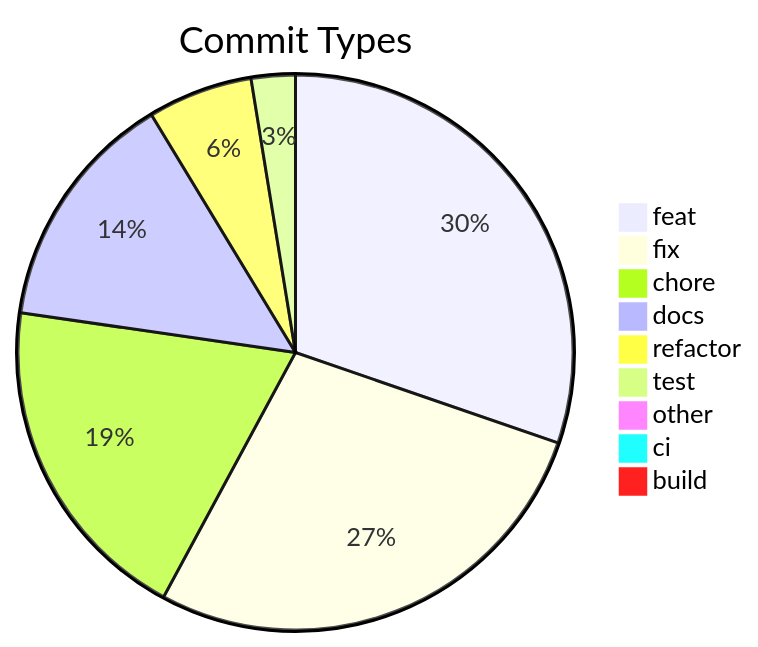
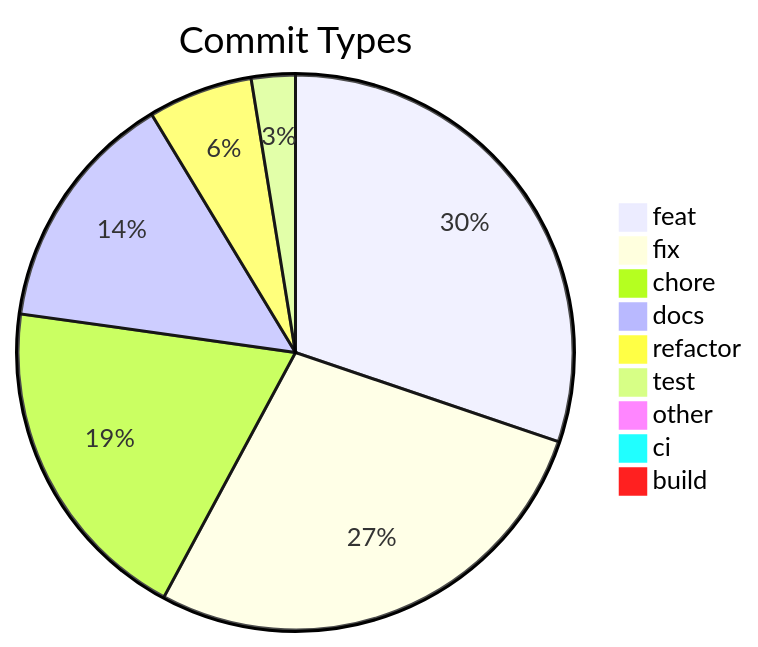
Before and after one commit to svenroth-ai/shipwright: the diagram in .shipwright/compliance/change-history.md, drawn with Mermaid. The commit also changed other lines of this file and 21 other files, not shown here.

````diff
--- a/.shipwright/compliance/change-history.md
+++ b/.shipwright/compliance/change-history.md
@@ -8,12 +8,12 @@
 ```mermaid
 pie title Commit Types
     "feat" : 248
-    "fix" : 226
+    "fix" : 227
     "chore" : 159
-    "docs" : 115
+    "docs" : 116
     "refactor" : 50
     "test" : 21
     "other" : 7
     "ci" : 5
     "build" : 1
 ```
````
